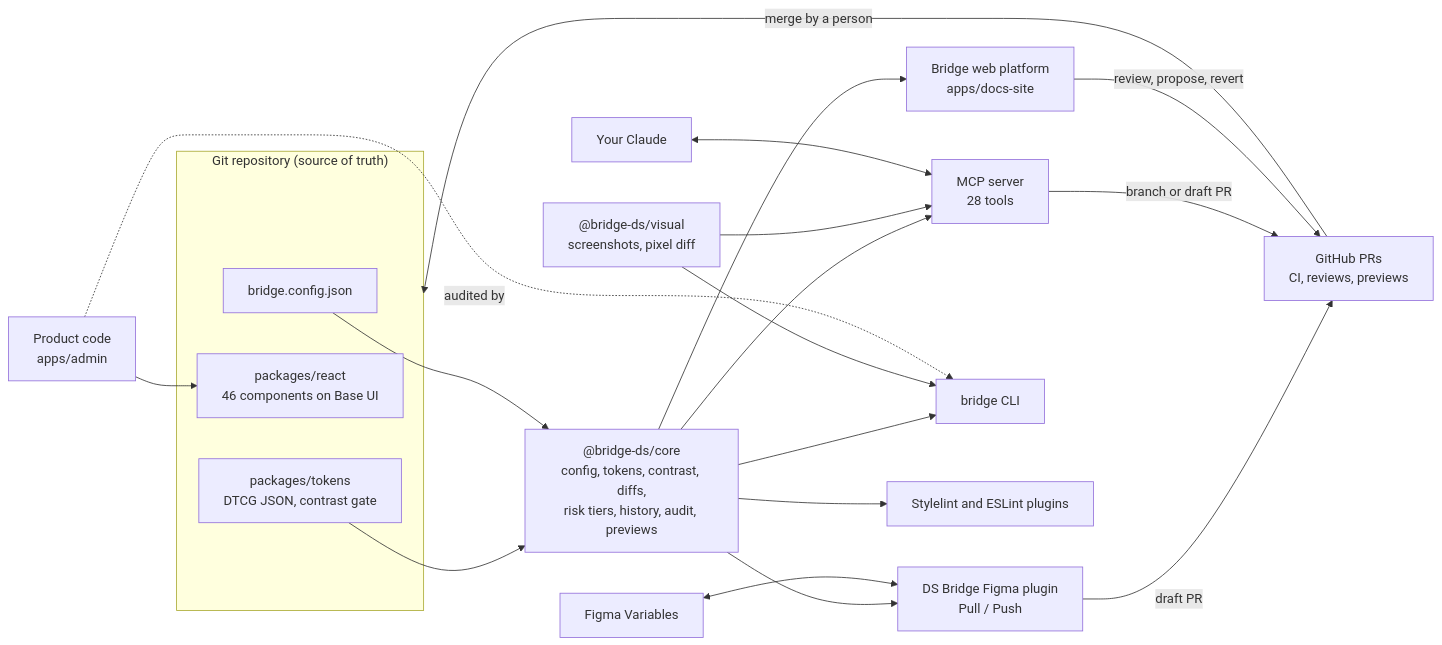
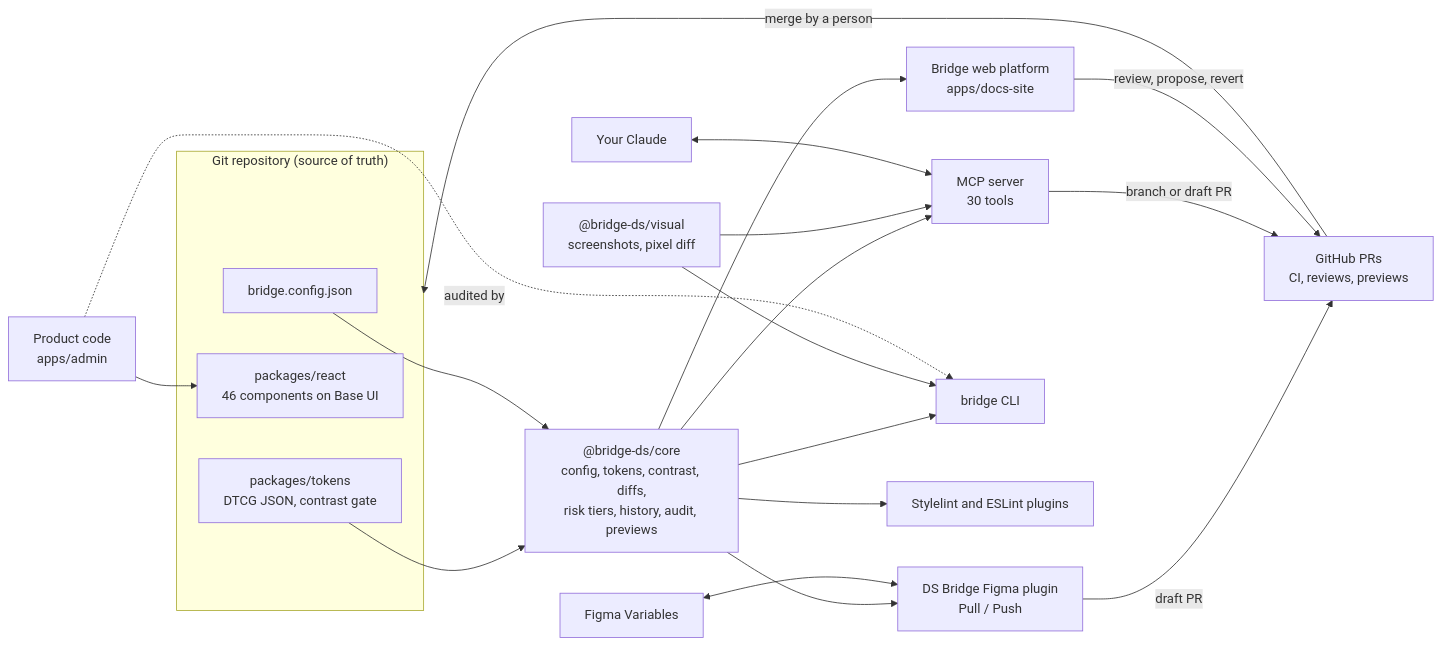
The diagram in README.md (peterbono/ai-design-system-demo), drawn with Mermaid before and after one commit. The commit also changed other lines of this file and 40 other files, not shown here.

````diff
--- a/README.md
+++ b/README.md
@@ -108,31 +111,31 @@
 ```mermaid
 flowchart LR
   subgraph repo["Git repository (source of truth)"]
     tokens["packages/tokens<br/>DTCG JSON, contrast gate"]
     react["packages/react<br/>46 components on Base UI"]
     config["bridge.config.json"]
   end
 
   core["@bridge-ds/core<br/>config, tokens, contrast, diffs,<br/>risk tiers, history, audit, previews"]
 
   tokens --> core
   config --> core
 
   core --> docs["Bridge web platform<br/>apps/docs-site"]
   core --> plugin["DS Bridge Figma plugin<br/>Pull / Push"]
-  core --> mcp["MCP server<br/>28 tools"]
+  core --> mcp["MCP server<br/>30 tools"]
   core --> cli["bridge CLI"]
   core --> lint["Stylelint and ESLint plugins"]
   visual["@bridge-ds/visual<br/>screenshots, pixel diff"] --> cli
   visual --> mcp
 
   claude["Your Claude"] <--> mcp
   figma["Figma Variables"] <--> plugin
   product["Product code<br/>apps/admin"] --> react
   product -. audited by .-> cli
 
   plugin -- draft PR --> gh["GitHub PRs<br/>CI, reviews, previews"]
   mcp -- branch or draft PR --> gh
   docs -- review, propose, revert --> gh
   gh -- merge by a person --> repo
 ```
````
